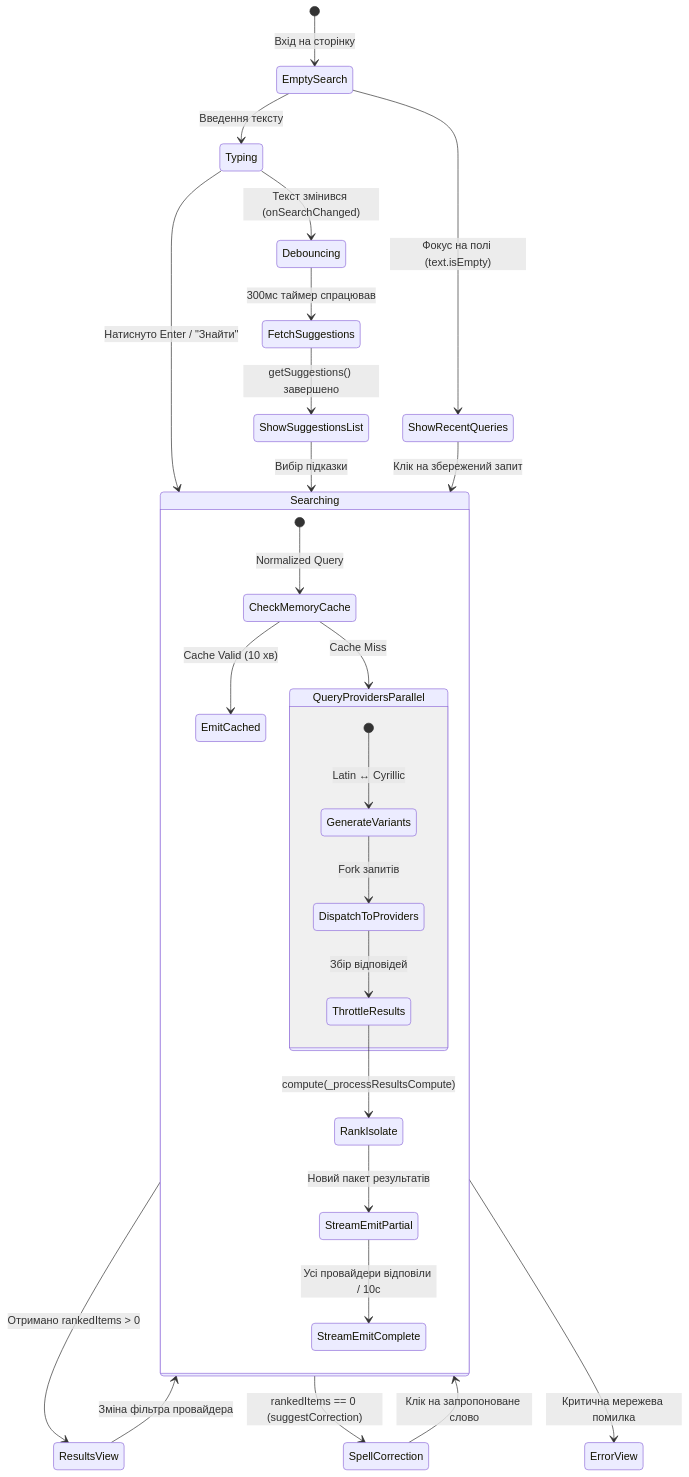
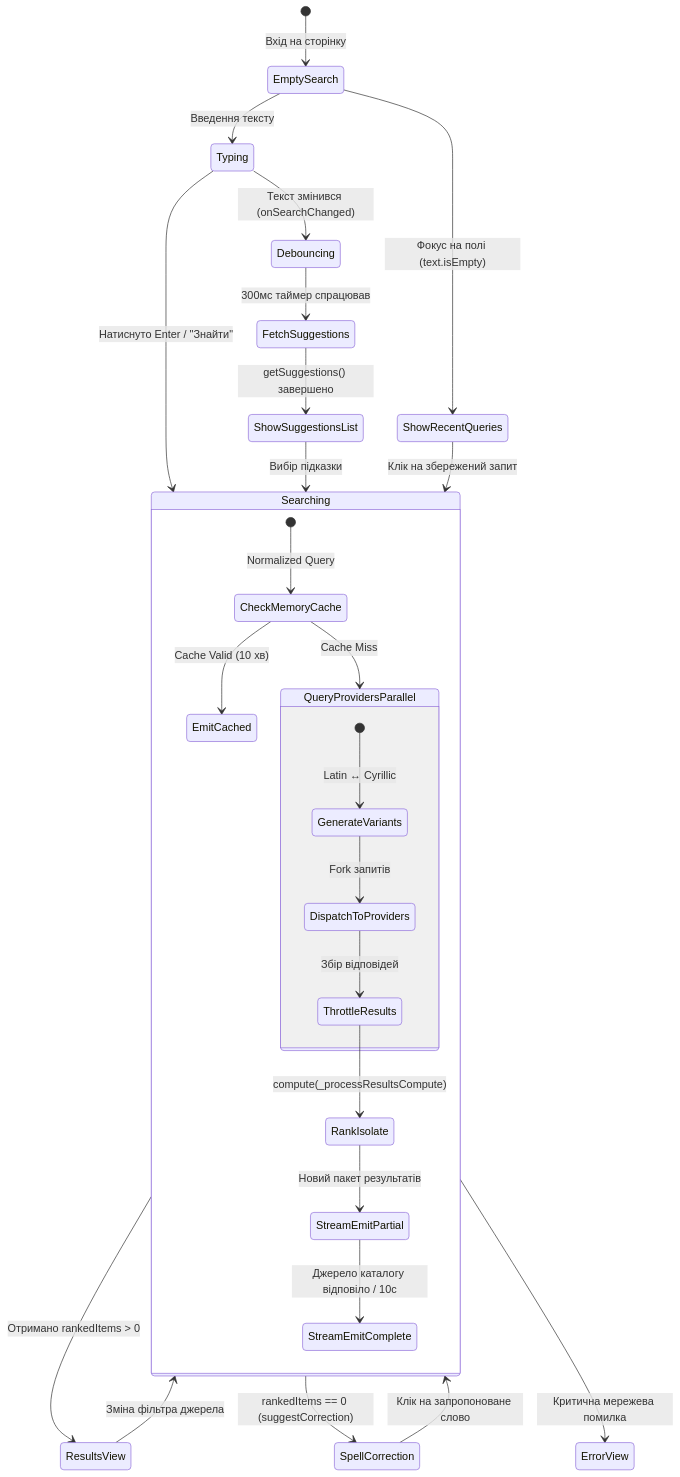
One commit to edhases/kadrbox changed the fifth of 11 diagrams in docs/05_STATE_MANAGEMENT_AND_WORKFLOWS.md. Above: the diagram before and after it, drawn with Mermaid. The commit also changed other lines of this file and 17 other files, not shown here.

````diff
--- a/docs/05_STATE_MANAGEMENT_AND_WORKFLOWS.md
+++ b/docs/05_STATE_MANAGEMENT_AND_WORKFLOWS.md
@@ -314,37 +314,37 @@
 ```mermaid
 stateDiagram-v2
     [*] --> EmptySearch: Вхід на сторінку
     EmptySearch --> ShowRecentQueries: Фокус на полі (text.isEmpty)
     
     EmptySearch --> Typing: Введення тексту
     Typing --> Debouncing: Текст змінився (onSearchChanged)
     Debouncing --> FetchSuggestions: 300мс таймер спрацював
     FetchSuggestions --> ShowSuggestionsList: getSuggestions() завершено
     
     Typing --> Searching: Натиснуто Enter / "Знайти"
     ShowSuggestionsList --> Searching: Вибір підказки
     ShowRecentQueries --> Searching: Клік на збережений запит
 
     state Searching {
         [*] --> CheckMemoryCache: Normalized Query
         CheckMemoryCache --> EmitCached: Cache Valid (10 хв)
         CheckMemoryCache --> QueryProvidersParallel: Cache Miss
         
         state QueryProvidersParallel {
             [*] --> GenerateVariants: Latin ↔ Cyrillic
             GenerateVariants --> DispatchToProviders: Fork запитів
             DispatchToProviders --> ThrottleResults: Збір відповідей
             ThrottleResults --> RankIsolate: compute(_processResultsCompute)
         }
         
         RankIsolate --> StreamEmitPartial: Новий пакет результатів
-        StreamEmitPartial --> StreamEmitComplete: Усі провайдери відповіли / 10с
+        StreamEmitPartial --> StreamEmitComplete: Джерело каталогу відповіло / 10с
     }
 
     Searching --> ResultsView: Отримано rankedItems > 0
     Searching --> SpellCorrection: rankedItems == 0 (suggestCorrection)
     Searching --> ErrorView: Критична мережева помилка
     
-    ResultsView --> Searching: Зміна фільтра провайдера
+    ResultsView --> Searching: Зміна фільтра джерела
     SpellCorrection --> Searching: Клік на запропоноване слово
 ```
````
